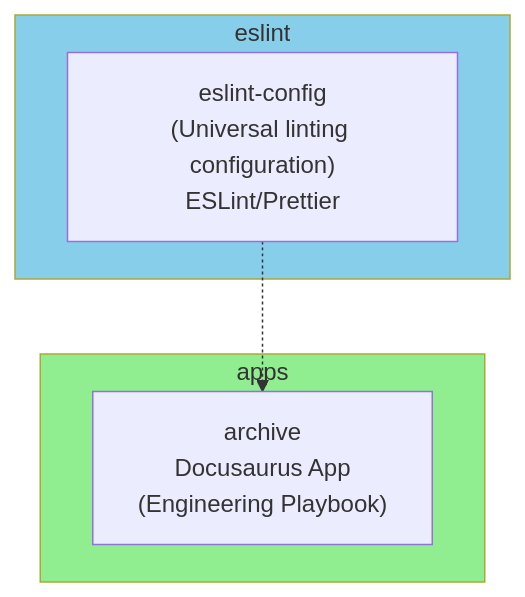
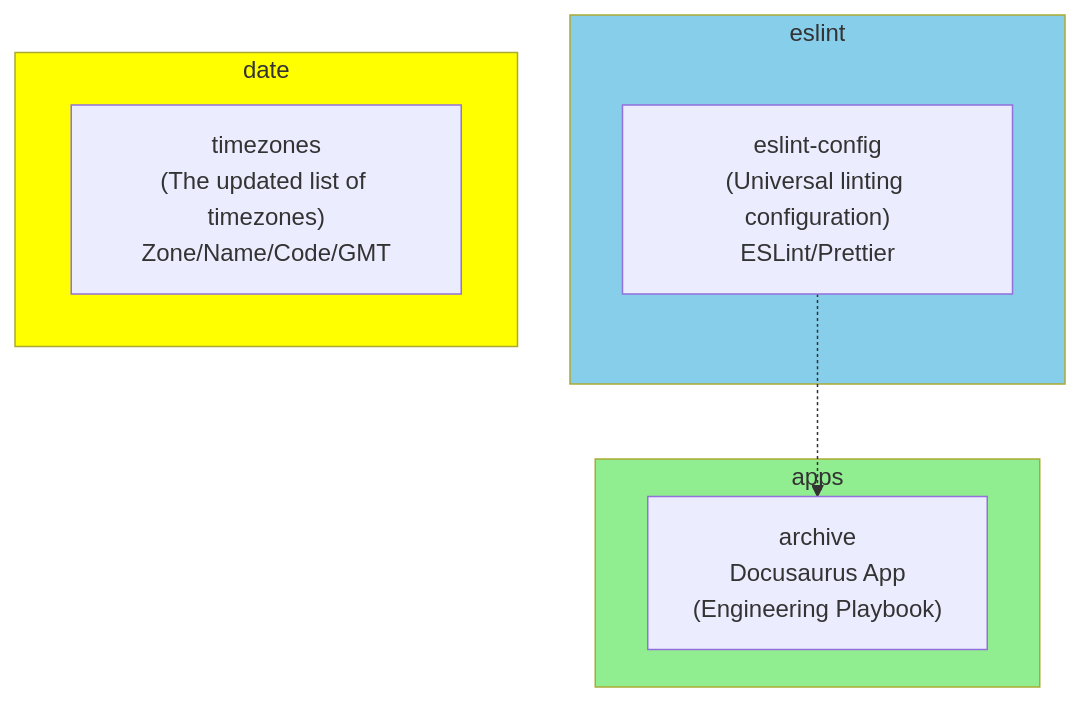
The first of 3 diagrams in README.md (runespoor-engineering/runespoorstack), drawn with Mermaid before and after one commit. The commit also changed 8 other files, not shown here.

````diff
--- a/README.md
+++ b/README.md
@@ -17,15 +17,20 @@
 ```mermaid
 flowchart TB
     subgraph eslint
         eslint-config["eslint-config\n(Universal linting configuration)\nESLint/Prettier"]
+    end
+
+     subgraph date
+        timezones["timezones\n(The updated list of timezones)\nZone/Name/Code/GMT"]
     end
 
     subgraph apps
         archive["archive\nDocusaurus App\n(Engineering Playbook)"]
     end
 
     eslint-config .-> archive
 
     style apps fill:lightgreen
     style eslint fill:skyblue
+    style date fill:yellow
 ```
````
